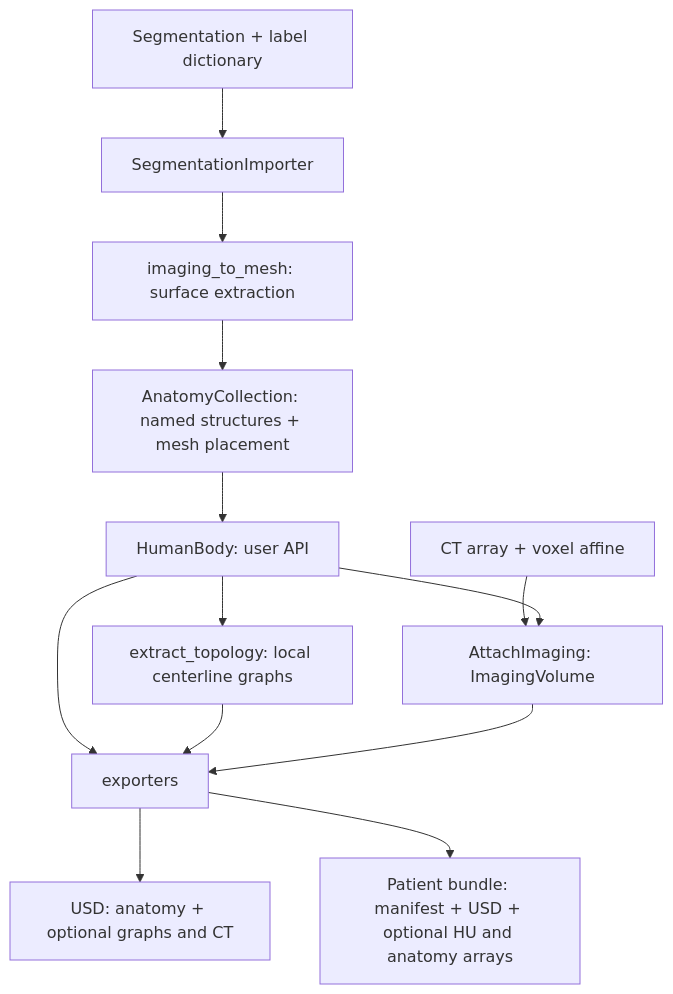
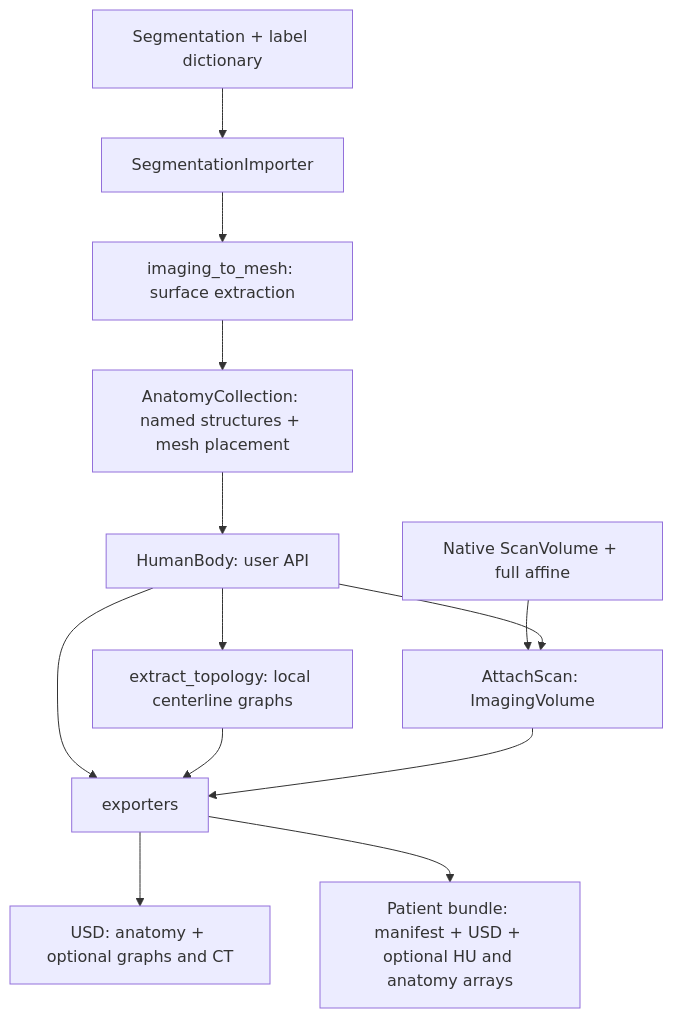
The diagram in patient-digital-twin/patient_digital_twin/README.md (isaac-for-healthcare/i4h-digital-twin), drawn with Mermaid before and after one commit. The commit also changed other lines of this file and 27 other files, not shown here.

Commit message:
Preserve native scan geometry in patient exports

````diff
--- a/patient-digital-twin/patient_digital_twin/README.md
+++ b/patient-digital-twin/patient_digital_twin/README.md
@@ -9,15 +9,15 @@
 ```mermaid
 flowchart TD
     S["Segmentation + label dictionary"] --> I["SegmentationImporter"]
     I --> M["imaging_to_mesh: surface extraction"]
     M --> A["AnatomyCollection: named structures + mesh placement"]
     A --> B["HumanBody: user API"]
     B --> T["extract_topology: local centerline graphs"]
-    CT["CT array + voxel affine"] --> V["AttachImaging: ImagingVolume"]
+    CT["Native ScanVolume + full affine"] --> V["AttachScan: ImagingVolume"]
     B --> V
     B --> E["exporters"]
     T --> E
     V --> E
     E --> U["USD: anatomy + optional graphs and CT"]
     E --> P["Patient bundle: manifest + USD + optional HU and anatomy arrays"]
 ```
````
